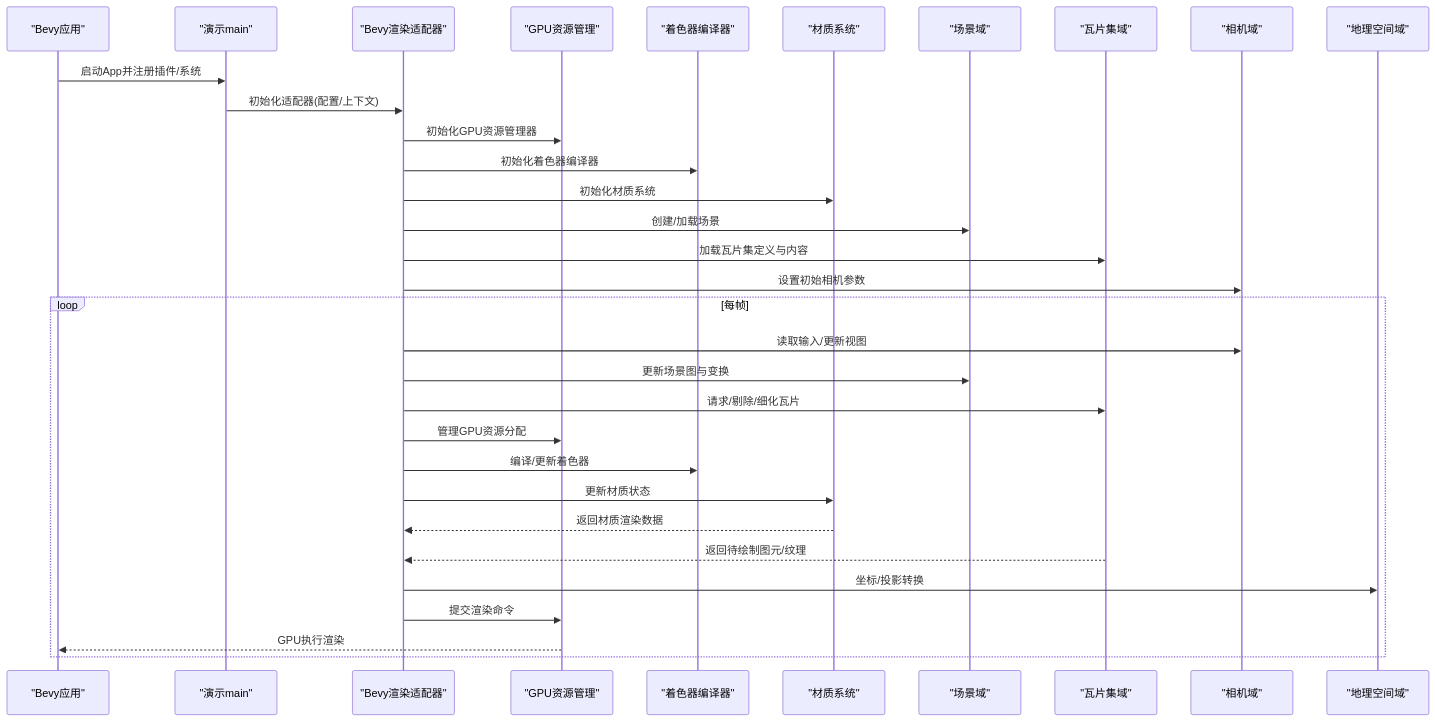
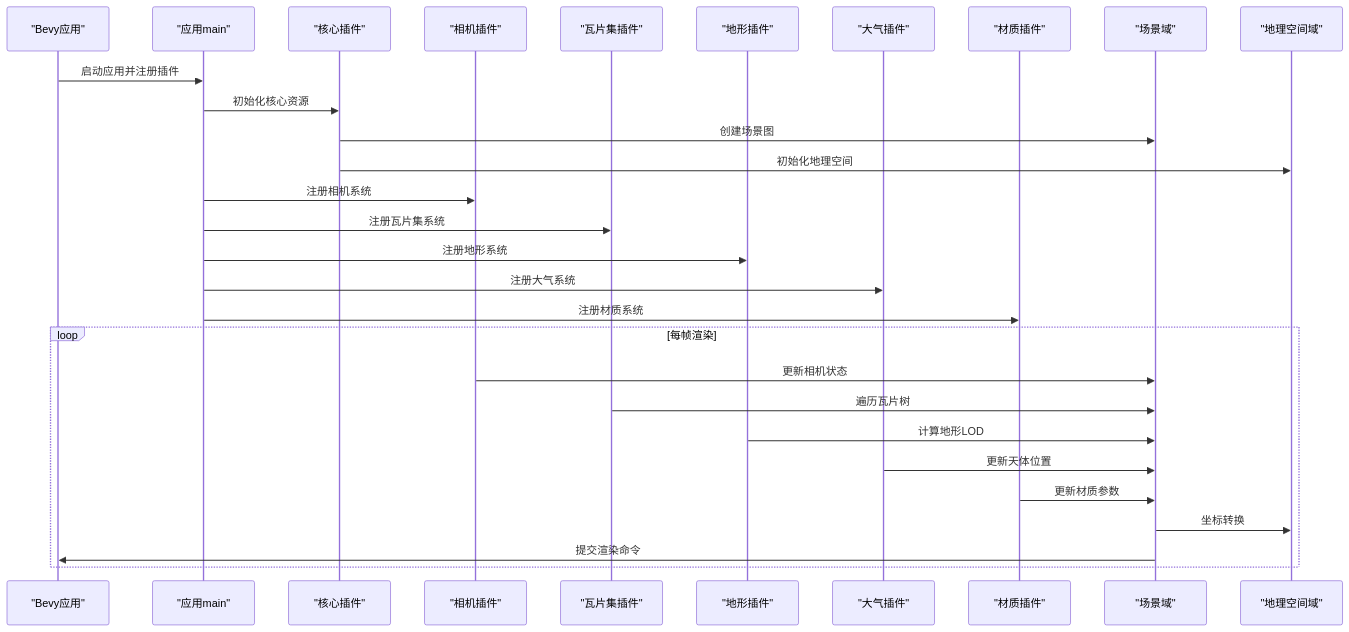
One commit to rzhangjing/cesium changed the second of 4 diagrams in .qoder/repowiki/zh/content/项目概述/核心特性/3D渲染引擎/Bevy渲染适配器.md. Above: the diagram before and after it, drawn with Mermaid. The commit also changed other lines of this file and 57 other files, not shown here.

````diff
--- a/.qoder/repowiki/zh/content/项目概述/核心特性/3D渲染引擎/Bevy渲染适配器.md
+++ b/.qoder/repowiki/zh/content/项目概述/核心特性/3D渲染引擎/Bevy渲染适配器.md
@@ -125,34 +128,31 @@
 ```mermaid
 sequenceDiagram
 participant App as "Bevy应用"
-participant Demo as "演示main"
-participant Adapter as "Bevy渲染适配器"
-participant GPU as "GPU资源管理"
-participant Shader as "着色器编译器"
-participant Material as "材质系统"
+participant Main as "应用main"
+participant Core as "核心插件"
+participant Camera as "相机插件"
+participant Tileset as "瓦片集插件"
+participant Terrain as "地形插件"
+participant Atmosphere as "大气插件"
+participant Material as "材质插件"
 participant Scene as "场景域"
-participant Tileset as "瓦片集域"
-participant Camera as "相机域"
 participant Geo as "地理空间域"
-App->>Demo : 启动App并注册插件/系统
-Demo->>Adapter : 初始化适配器(配置/上下文)
-Adapter->>GPU : 初始化GPU资源管理器
-Adapter->>Shader : 初始化着色器编译器
-Adapter->>Material : 初始化材质系统
-Adapter->>Scene : 创建/加载场景
-Adapter->>Tileset : 加载瓦片集定义与内容
-Adapter->>Camera : 设置初始相机参数
-loop 每帧
-Adapter->>Camera : 读取输入/更新视图
-Adapter->>Scene : 更新场景图与变换
-Adapter->>Tileset : 请求/剔除/细化瓦片
-Adapter->>GPU : 管理GPU资源分配
-Adapter->>Shader : 编译/更新着色器
-Adapter->>Material : 更新材质状态
-Material-->>Adapter : 返回材质渲染数据
-Tileset-->>Adapter : 返回待绘制图元/纹理
-Adapter->>Geo : 坐标/投影转换
-Adapter->>GPU : 提交渲染命令
-GPU-->>App : GPU执行渲染
+App->>Main : 启动应用并注册插件
+Main->>Core : 初始化核心资源
+Core->>Scene : 创建场景图
+Core->>Geo : 初始化地理空间
+Main->>Camera : 注册相机系统
+Main->>Tileset : 注册瓦片集系统
+Main->>Terrain : 注册地形系统
+Main->>Atmosphere : 注册大气系统
+Main->>Material : 注册材质系统
+loop 每帧渲染
+Camera->>Scene : 更新相机状态
+Tileset->>Scene : 遍历瓦片树
+Terrain->>Scene : 计算地形LOD
+Atmosphere->>Scene : 更新天体位置
+Material->>Scene : 更新材质参数
+Scene->>Geo : 坐标转换
+Scene->>App : 提交渲染命令
 end
 ```
````
